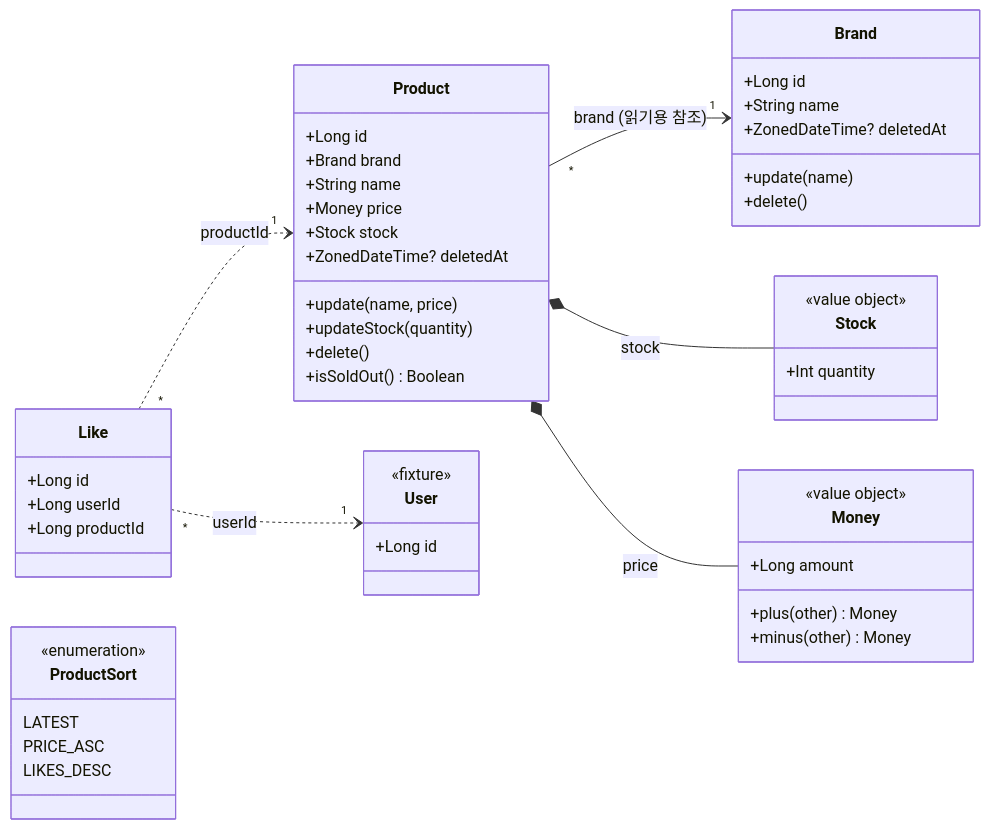
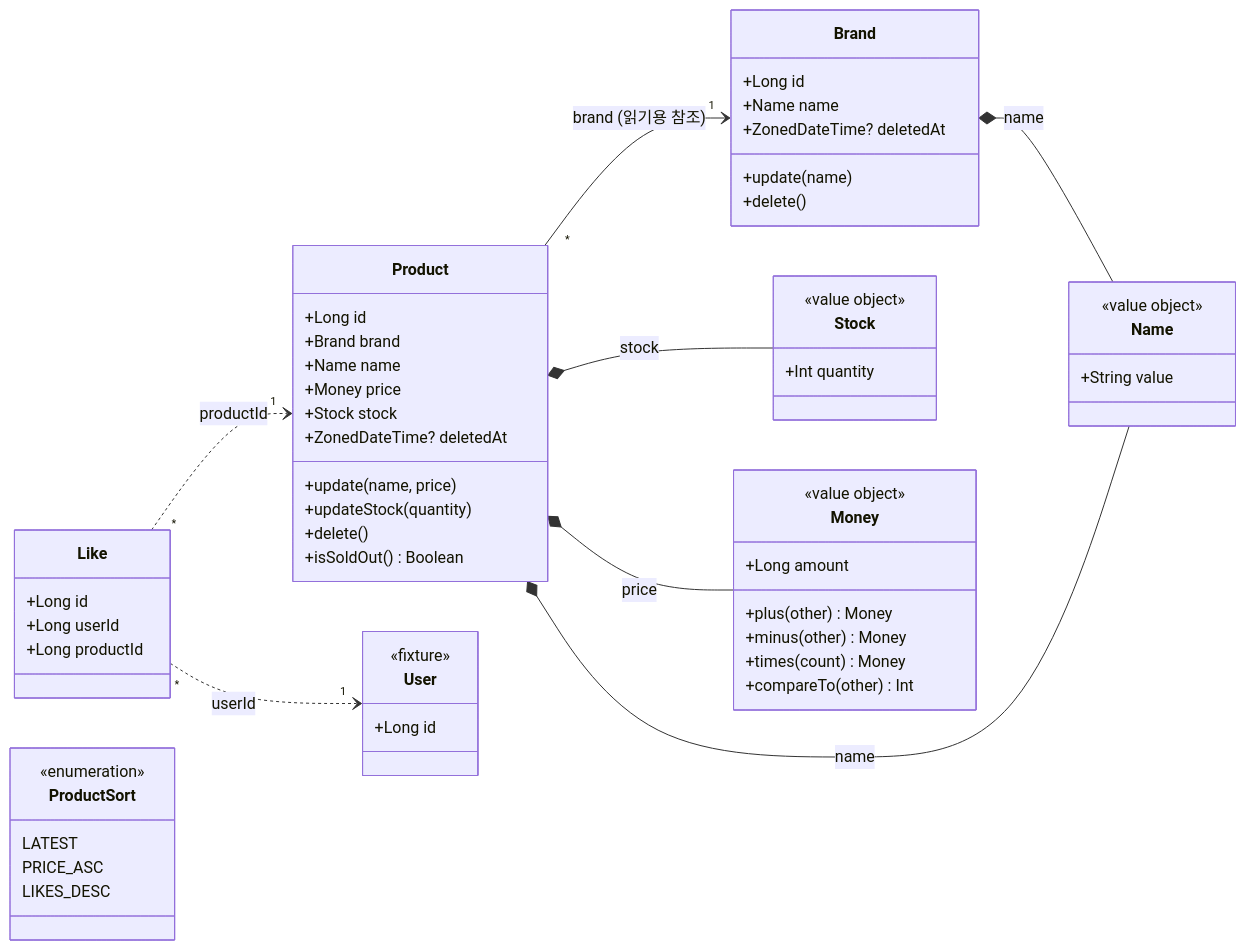
Before and after one commit to giwankim/loop-pack-be-l2-vol5-kotlin: the second of 3 diagrams in docs/design/catalog.md, drawn with Mermaid. The commit also changed other lines of this file and 1 other file, not shown here.

First line of the commit message:
docs(catalog): record the shared name value type and product mapping findings

````diff
--- a/docs/design/catalog.md
+++ b/docs/design/catalog.md
@@ -55,61 +55,70 @@
 ```mermaid
 classDiagram
     direction LR
 
     class Brand {
         +Long id
-        +String name
+        +Name name
         +ZonedDateTime? deletedAt
         +update(name)
         +delete()
     }
 
     class Product {
         +Long id
         +Brand brand
-        +String name
+        +Name name
         +Money price
         +Stock stock
         +ZonedDateTime? deletedAt
         +update(name, price)
         +updateStock(quantity)
         +delete()
         +isSoldOut() Boolean
+    }
+
+    class Name {
+        <<value object>>
+        +String value
     }
 
     class Stock {
         <<value object>>
         +Int quantity
     }
 
     class Money {
         <<value object>>
         +Long amount
         +plus(other) Money
         +minus(other) Money
+        +times(count) Money
+        +compareTo(other) Int
     }
 
     class Like {
         +Long id
         +Long userId
         +Long productId
     }
 
     class User {
         <<fixture>>
         +Long id
     }
 
     class ProductSort {
         <<enumeration>>
         LATEST
         PRICE_ASC
         LIKES_DESC
     }
 
     Product "*" --> "1" Brand : brand (읽기용 참조)
+    Brand *-- Name : name
+    Product *-- Name : name
     Product *-- Stock : stock
     Product *-- Money : price
     Like "*" ..> "1" Product : productId
     Like "*" ..> "1" User : userId
 ```
````
